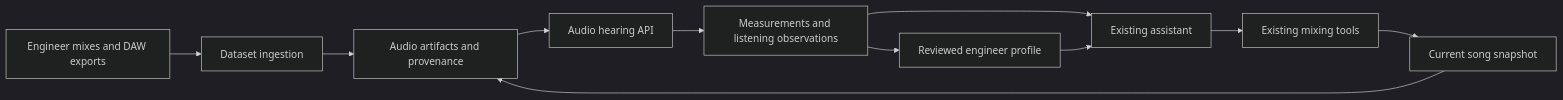
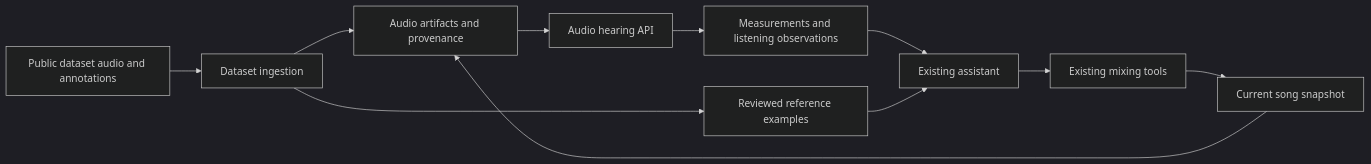
The diagram in docs/audio-intelligence/README.md (theobourgeois/YTStudio), drawn with Mermaid (dark theme) before and after one commit. The commit also changed other lines of this file and 33 other files, not shown here.

First line of the commit message:
Add reviewed audio workflows and dataset import

````diff
--- a/docs/audio-intelligence/README.md
+++ b/docs/audio-intelligence/README.md
@@ -31,13 +42,13 @@
 ```mermaid
 flowchart LR
-  A[Engineer mixes and DAW exports] --> B[Dataset ingestion]
+  A[Public dataset audio and annotations] --> B[Dataset ingestion]
   B --> C[Audio artifacts and provenance]
   D[Current song snapshot] --> C
   C --> E[Audio hearing API]
   E --> F[Measurements and listening observations]
-  F --> G[Reviewed engineer profile]
+  B --> G[Reviewed reference examples]
   F --> H[Existing assistant]
   G --> H
   H --> I[Existing mixing tools]
   I --> D
 ```
````
